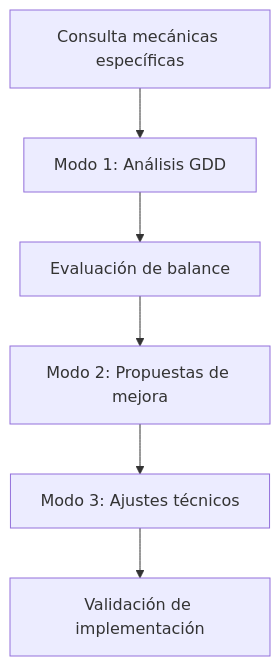
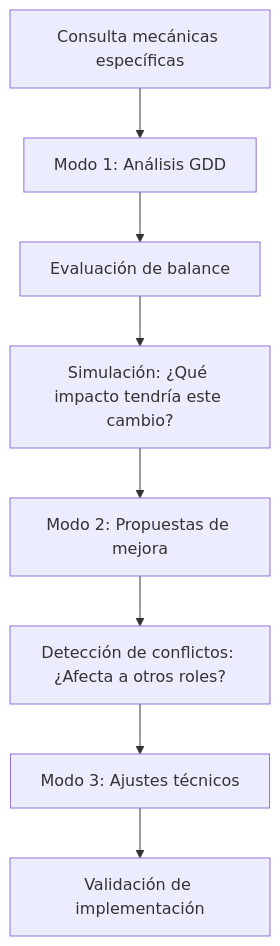
The eighth of 9 diagrams in Documentacion/07_Guia_Usuario.md (DungeonMoore/DungeonLifeAgent), drawn with Mermaid before and after one commit. The commit also changed other lines of this file and 16 other files, not shown here.

````diff
--- a/Documentacion/07_Guia_Usuario.md
+++ b/Documentacion/07_Guia_Usuario.md
@@ -621,8 +911,10 @@
 ```mermaid
 graph TD
     A[Consulta mecánicas específicas] --> B[Modo 1: Análisis GDD]
     B --> C[Evaluación de balance]
-    C --> D[Modo 2: Propuestas de mejora]
-    D --> E[Modo 3: Ajustes técnicos]
-    E --> F[Validación de implementación]
+    C --> D[Simulación: ¿Qué impacto tendría este cambio?]
+    D --> E[Modo 2: Propuestas de mejora]
+    E --> F[Detección de conflictos: ¿Afecta a otros roles?]
+    F --> G[Modo 3: Ajustes técnicos]
+    G --> H[Validación de implementación]
 ```
````
